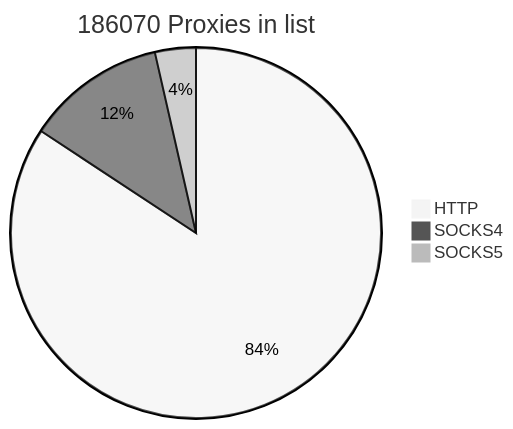
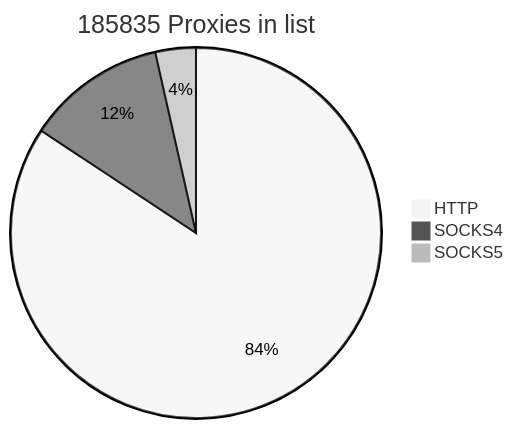
The first of 2 diagrams in README.md (cutipu/proxylist), drawn with Mermaid (neutral theme) before and after one commit. The commit also changed other lines of this file, not shown here.

````diff
--- a/README.md
+++ b/README.md
@@ -2,7 +2,7 @@
 ```mermaid
-pie title 186070 Proxies in list
-    "HTTP" : 156792
-    "SOCKS4" : 22643
-    "SOCKS5" : 6635
+pie title 185835 Proxies in list
+    "HTTP" : 156654
+    "SOCKS4" : 22615
+    "SOCKS5" : 6566
             
 ```
````
